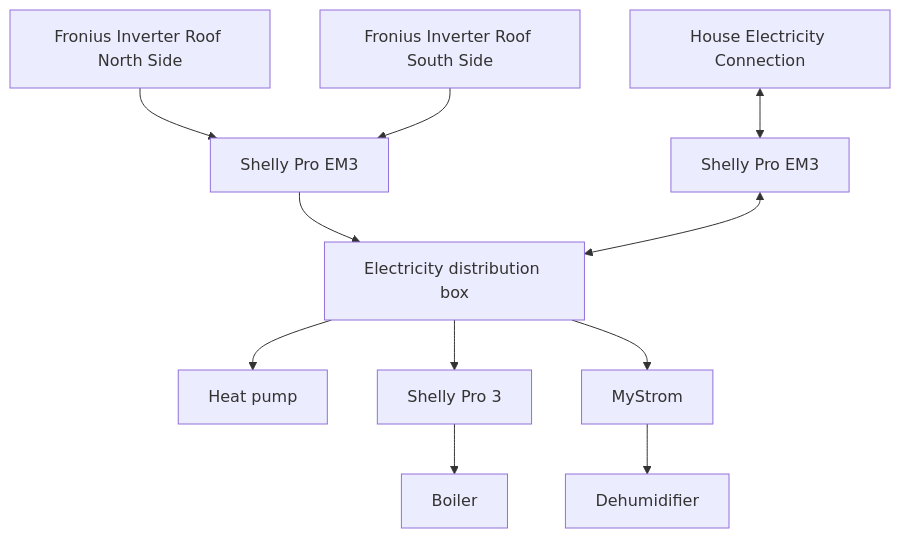
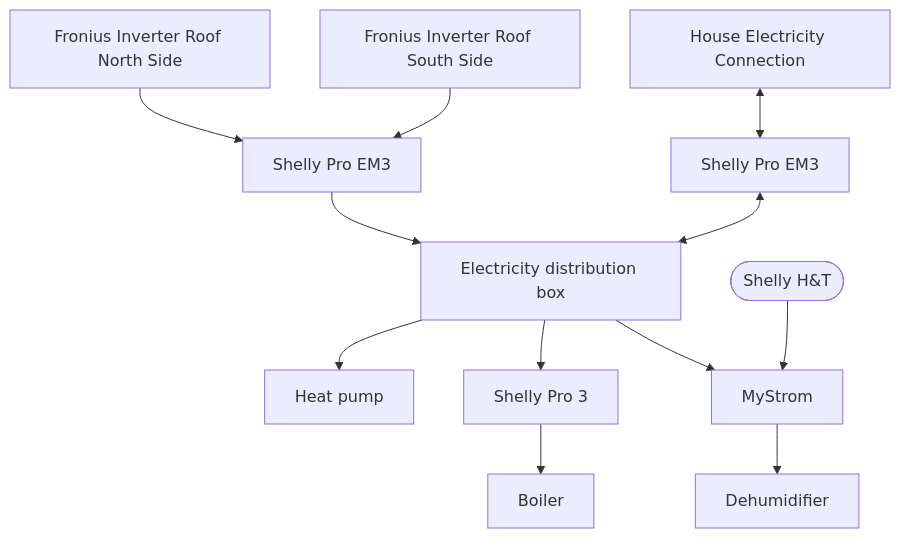
Before and after one commit to hoinmic/pv_openhab: the diagram in README.md, drawn with Mermaid.

Commit message:
docs: update readme with ht shelly

````diff
--- a/README.md
+++ b/README.md
@@ -61,34 +61,36 @@
 ```mermaid
 graph TD
 A[Fronius Inverter Roof North Side]
 B[Fronius Inverter Roof South Side]
 C[Shelly Pro EM3]
 
 F[House Electricity Connection]
 G[Shelly Pro EM3]
 
 J[Electricity distribution box]
 
 L[Heat pump]
 
 O[Shelly Pro 3]
 P[Boiler]
 
 S[MyStrom]
 T[Dehumidifier]
+U([Shelly H&T])
 
 A --> C
 B --> C
 C --> J
 
 F <--> G
 G <--> J
 
 J --> L
 
 J --> O
 O --> P
 
 J --> S
 S --> T
+U --> S
 ```
````
